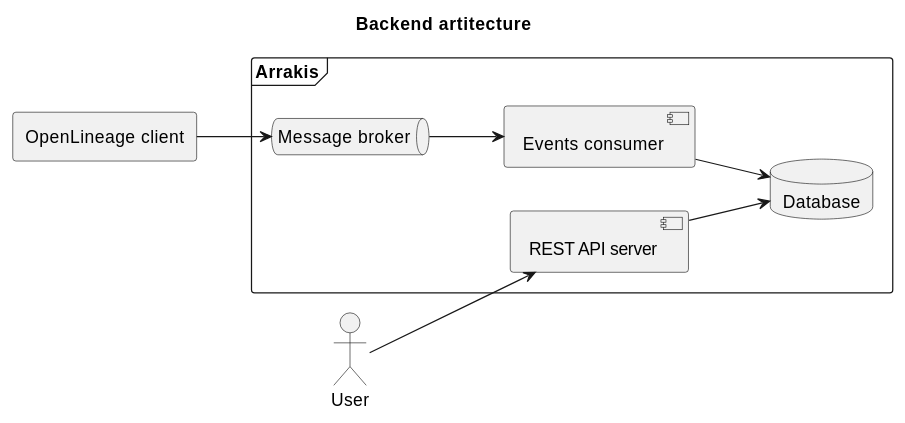
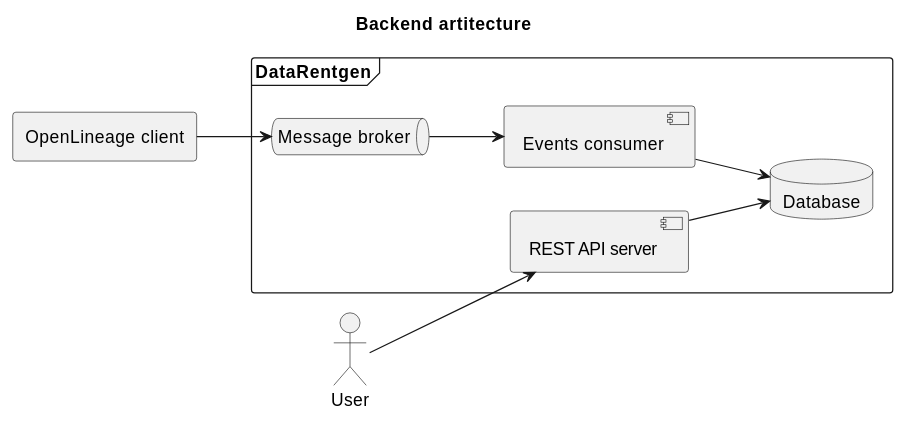
Before and after one commit to MobileTeleSystems/data-rentgen: the diagram in docs/backend/architecture.rst, drawn with PlantUML. The commit also changed 196 other files, not shown here.

Commit message:
[DOP-16658] Rename Arrakis to DataRentgen

```diff
--- a/docs/backend/architecture.rst
+++ b/docs/backend/architecture.rst
@@ -6,26 +6,26 @@
 .. plantuml::
 
     @startuml
         title Backend artitecture
         skinparam linetype polyline
         left to right direction
 
         agent "OpenLineage client" as CLIENT
         actor "User" as USER
 
-        frame "Arrakis" {
+        frame "DataRentgen" {
             queue "Message broker" as BROKER
             component "Events consumer" as CONSUMER
             database "Database" as DB
             component "REST API server" as SERVER
         }
 
         [CLIENT] --> [BROKER]
 
         [BROKER] --> [CONSUMER]
         [CONSUMER] --> [DB]
 
         [USER] --> [SERVER]
         [SERVER] --> [DB]
 
     @enduml
```
